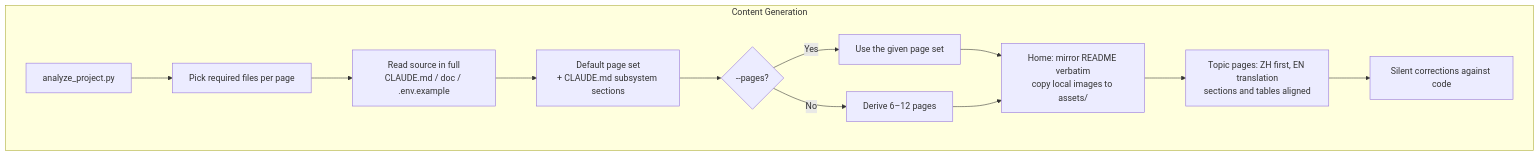
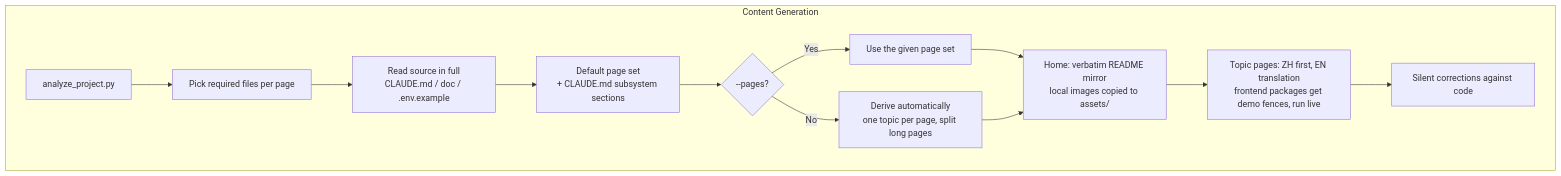
The fifth of 9 diagrams in doc/architecture.md (agenvoy/skill-wiki-generate), drawn with Mermaid before and after one commit. The commit also changed other lines of this file and 13 other files, not shown here.

````diff
--- a/doc/architecture.md
+++ b/doc/architecture.md
@@ -70,15 +92,15 @@
 ```mermaid
 graph TB
     subgraph Content[Content Generation]
         C1[analyze_project.py] --> C2[Pick required files per page]
         C2 --> C3[Read source in full<br/>CLAUDE.md / doc / .env.example]
         C3 --> C4[Default page set<br/>+ CLAUDE.md subsystem sections]
         C4 --> C5{--pages?}
         C5 -->|Yes| C6[Use the given page set]
-        C5 -->|No| C7[Derive 6–12 pages]
-        C6 --> C8[Home: mirror README verbatim<br/>copy local images to assets/]
+        C5 -->|No| C7[Derive automatically<br/>one topic per page, split long pages]
+        C6 --> C8[Home: verbatim README mirror<br/>local images copied to assets/]
         C7 --> C8
-        C8 --> C9[Topic pages: ZH first, EN translation<br/>sections and tables aligned]
+        C8 --> C9[Topic pages: ZH first, EN translation<br/>frontend packages get demo fences, run live]
         C9 --> C10[Silent corrections against code]
     end
 ```
````
